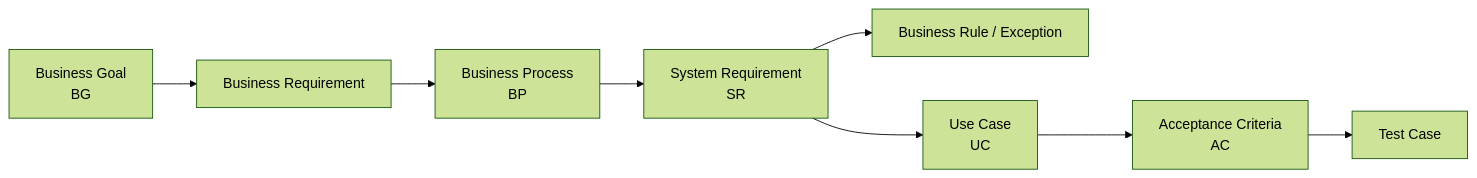
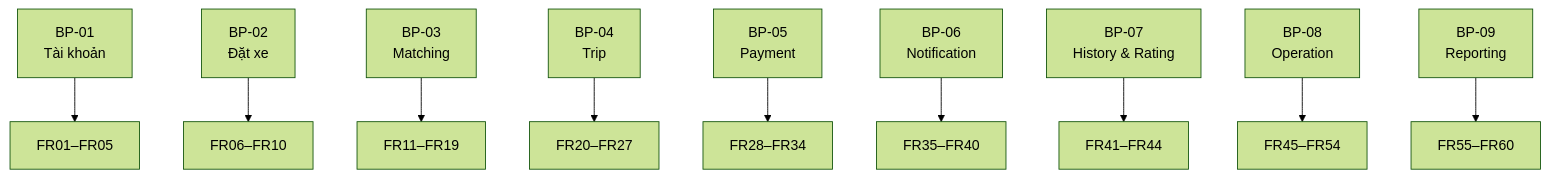
One commit to ntthuyvy0205-source/23662281_NguyenThiThuyVy_CABSYSTEM changed diagram 20 of 28 in SRS.md. Above: the diagram before and after it, drawn with Mermaid (forest theme). The commit also changed other lines of this file, not shown here.

````diff
--- a/SRS.md
+++ b/SRS.md
@@ -1829,20 +2980,13 @@
-```mermaid
-flowchart LR
+```mermaid id="9g5evh"
+flowchart TB
 
-    BG["Business Goal<br/>BG"]
-    BREQ["Business Requirement"]
-    BP["Business Process<br/>BP"]
-    SR["System Requirement<br/>SR"]
-    BR["Business Rule / Exception"]
-    UC["Use Case<br/>UC"]
-    AC["Acceptance Criteria<br/>AC"]
-    TC["Test Case"]
-
-    BG --> BREQ
-    BREQ --> BP
-    BP --> SR
-    SR --> BR
-    SR --> UC
-    UC --> AC
-    AC --> TC
+    BP01["BP-01<br/>Tài khoản"] --> FR01["FR01–FR05"]
+    BP02["BP-02<br/>Đặt xe"] --> FR02["FR06–FR10"]
+    BP03["BP-03<br/>Matching"] --> FR03["FR11–FR19"]
+    BP04["BP-04<br/>Trip"] --> FR04["FR20–FR27"]
+    BP05["BP-05<br/>Payment"] --> FR05["FR28–FR34"]
+    BP06["BP-06<br/>Notification"] --> FR06["FR35–FR40"]
+    BP07["BP-07<br/>History & Rating"] --> FR07["FR41–FR44"]
+    BP08["BP-08<br/>Operation"] --> FR08["FR45–FR54"]
+    BP09["BP-09<br/>Reporting"] --> FR09["FR55–FR60"]
 ```
````
